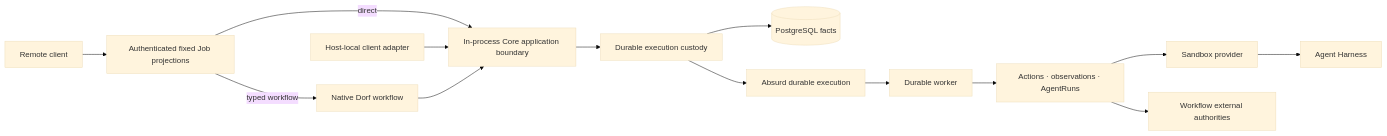
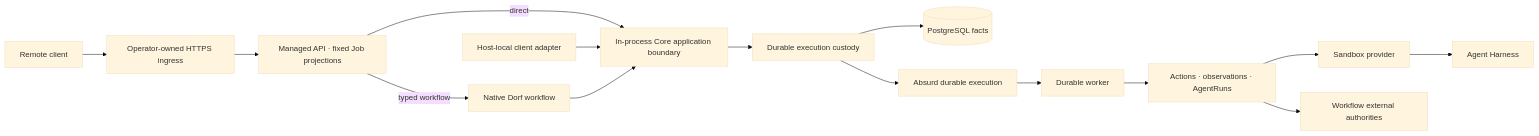
Before and after one commit to aphronio/dorf: the diagram in docs/project/architecture.md, drawn with Mermaid (base theme). The commit also changed other lines of this file and 45 other files, not shown here.

````diff
--- a/docs/project/architecture.md
+++ b/docs/project/architecture.md
@@ -11,16 +11,17 @@
 ```mermaid
 flowchart LR
-    Remote["Remote client"] --> HTTPS["Authenticated fixed Job projections"]
-    HTTPS -->|direct| Core["In-process Core application boundary"]
+    Remote["Remote client"] --> Ingress["Operator-owned HTTPS ingress"]
+    Ingress --> API["Managed API · fixed Job projections"]
+    API -->|direct| Core["In-process Core application boundary"]
     Client["Host-local client adapter"] --> Core
     Workflow["Native Dorf workflow"] --> Core
-    HTTPS -->|typed workflow| Workflow
+    API -->|typed workflow| Workflow
     Core --> Custody["Durable execution custody"]
     Custody --> PG[("PostgreSQL facts")]
     Custody --> Absurd["Absurd durable execution"]
     Absurd --> Worker["Durable worker"]
     Worker --> Edge["Actions · observations · AgentRuns"]
     Edge --> Sandbox["Sandbox provider"]
     Edge --> External["Workflow external authorities"]
     Sandbox --> Harness["Agent Harness"]
 ```
````
